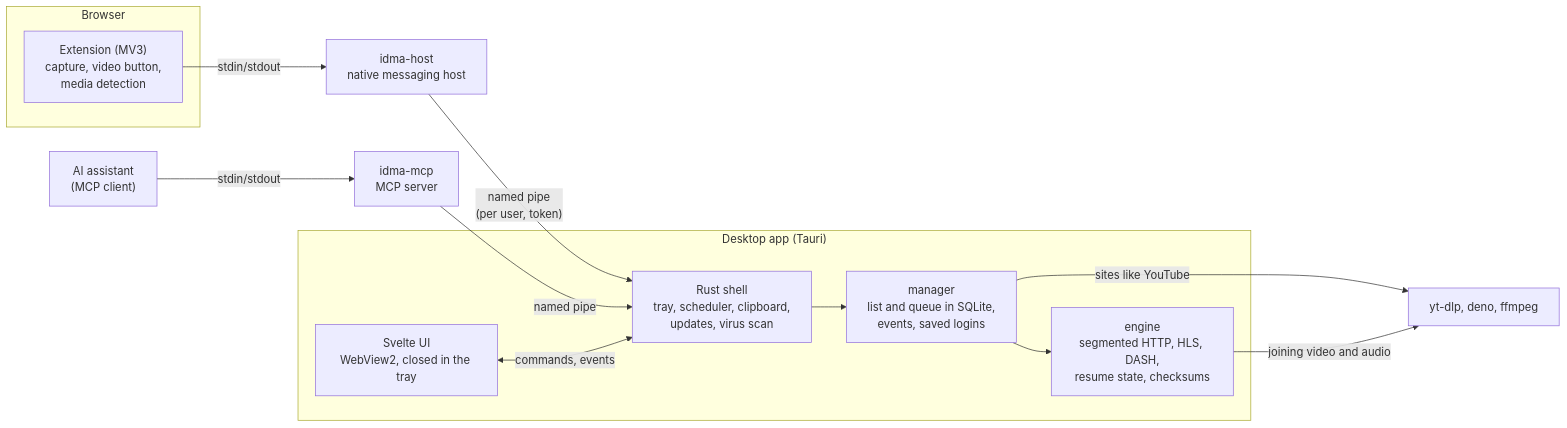
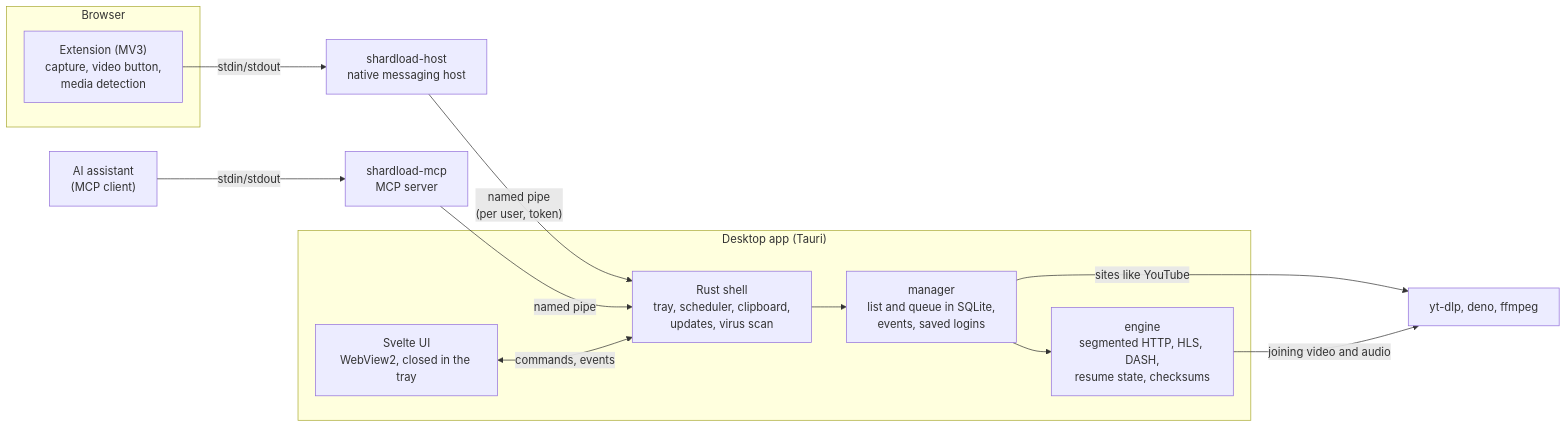
One commit to monurpalan/idm-alternative changed the diagram in README.md. Above: the diagram before and after it, drawn with Mermaid. The commit also changed other lines of this file and 91 other files, not shown here.

````diff
--- a/README.md
+++ b/README.md
@@ -265,24 +265,24 @@
 ```mermaid
 flowchart LR
     subgraph Browser
         ext["Extension (MV3)<br/>capture, video button,<br/>media detection"]
     end
-    host["idma-host<br/>native messaging host"]
-    mcp["idma-mcp<br/>MCP server"]
+    host["shardload-host<br/>native messaging host"]
+    mcp["shardload-mcp<br/>MCP server"]
     assistant["AI assistant<br/>(MCP client)"]
     subgraph App["Desktop app (Tauri)"]
         ui["Svelte UI<br/>WebView2, closed in the tray"]
         shell["Rust shell<br/>tray, scheduler, clipboard,<br/>updates, virus scan"]
         manager["manager<br/>list and queue in SQLite,<br/>events, saved logins"]
         engine["engine<br/>segmented HTTP, HLS, DASH,<br/>resume state, checksums"]
     end
     tools["yt-dlp, deno, ffmpeg"]
     ext -- "stdin/stdout" --> host
     host -- "named pipe<br/>(per user, token)" --> shell
     assistant -- "stdin/stdout" --> mcp
     mcp -- "named pipe" --> shell
     ui <-- "commands, events" --> shell
     shell --> manager --> engine
     manager -- "sites like YouTube" --> tools
     engine -- "joining video and audio" --> tools
 ```
````
